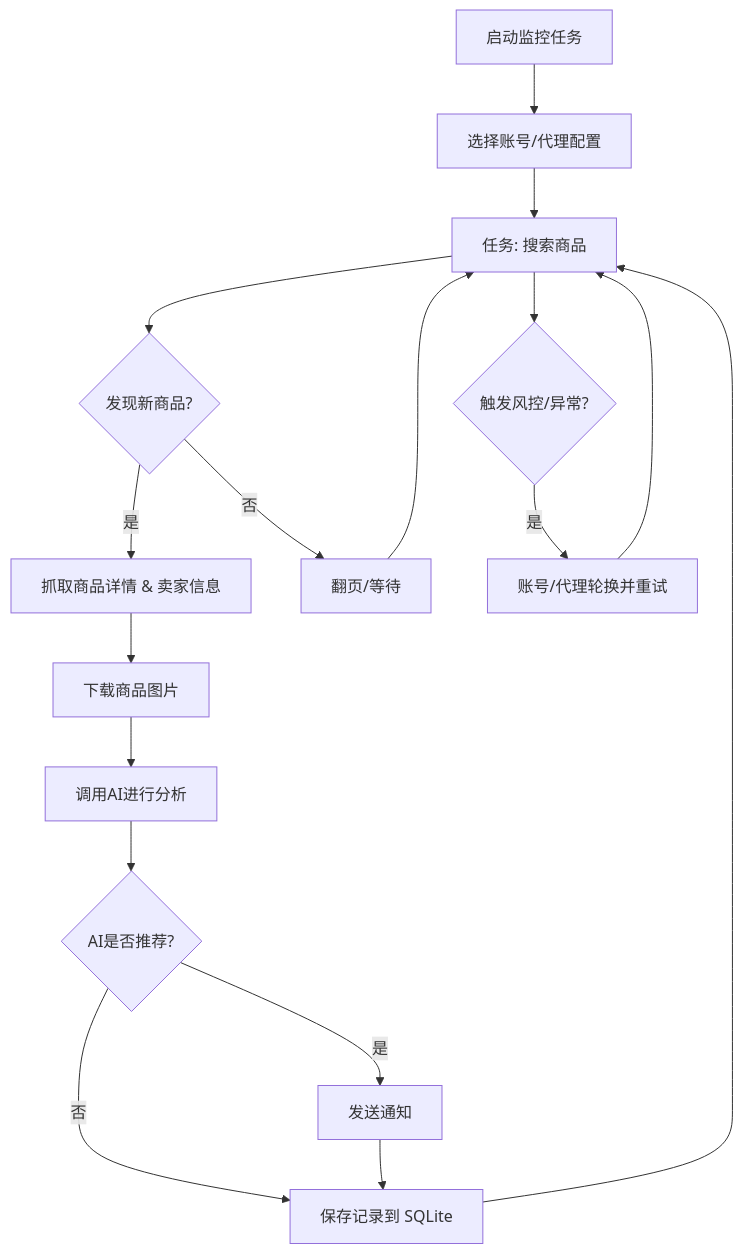
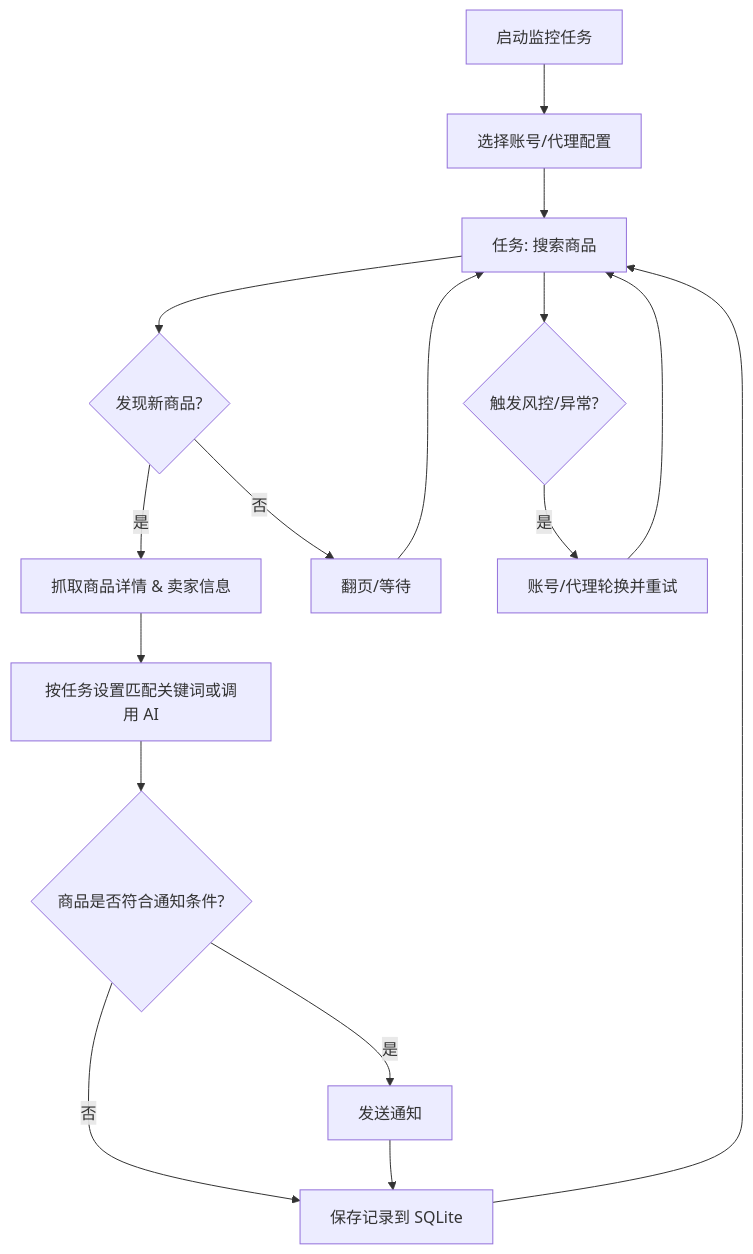
One commit to Twelvedgeice/XianyuMonitor2.0 changed the diagram in README.md. Above: the diagram before and after it, drawn with Mermaid. The commit also changed other lines of this file, not shown here.

````diff
--- a/README.md
+++ b/README.md
@@ -251,19 +225,18 @@
 ```mermaid
 graph TD
     A[启动监控任务] --> B[选择账号/代理配置];
     B --> C[任务: 搜索商品];
     C --> D{发现新商品?};
     D -- 是 --> E[抓取商品详情 & 卖家信息];
-    E --> F[下载商品图片];
-    F --> G[调用AI进行分析];
-    G --> H{AI是否推荐?};
+    E --> G[按任务设置匹配关键词或调用 AI];
+    G --> H{商品是否符合通知条件?};
     H -- 是 --> I[发送通知];
     H -- 否 --> J[保存记录到 SQLite];
     I --> J;
     D -- 否 --> K[翻页/等待];
     K --> C;
     J --> C;
     C --> L{触发风控/异常?};
     L -- 是 --> M[账号/代理轮换并重试];
     M --> C;
 ```
````
